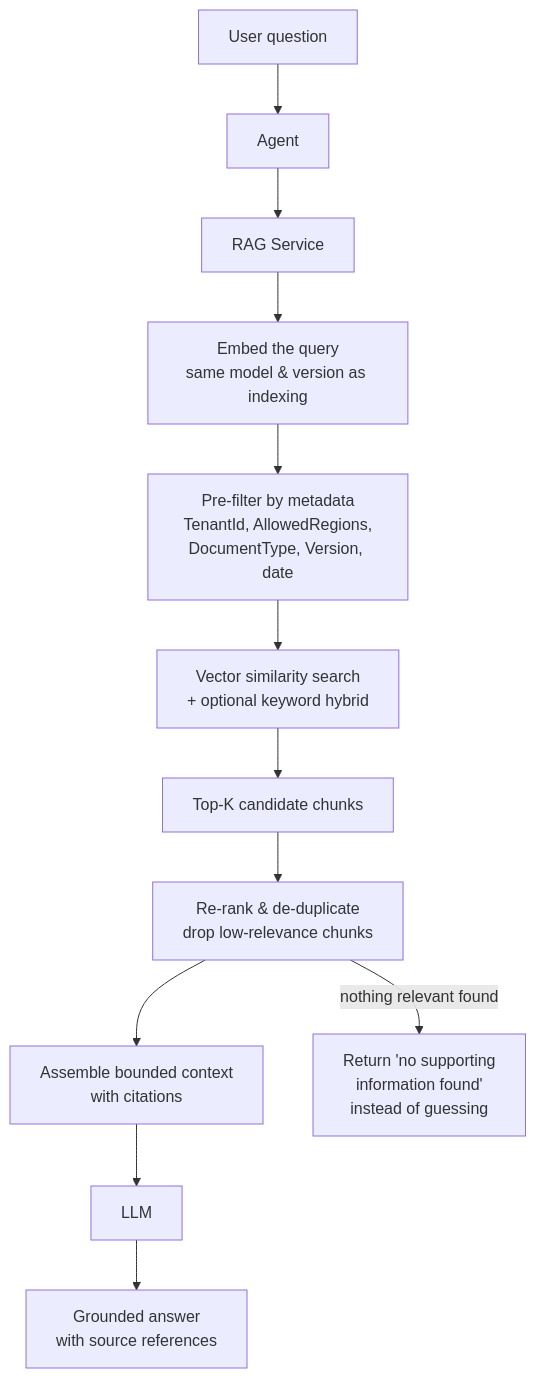
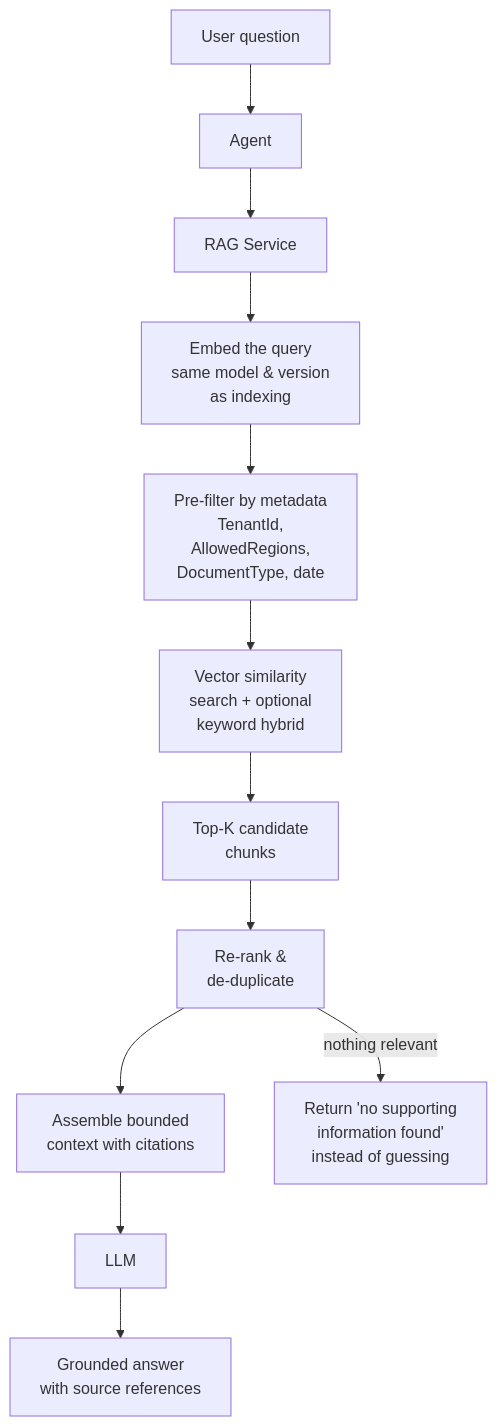
Before and after one commit to Prutech-Solutions-India/HPD_Document_Validation: the fourth of 4 diagrams in johndeerereadme.md, drawn with Mermaid. The commit also changed other lines of this file, not shown here.

Commit message:
Wrap Mermaid node labels so rendered boxes fit their text

````diff
--- a/johndeerereadme.md
+++ b/johndeerereadme.md
@@ -136,14 +136,14 @@
 ```mermaid
 flowchart TB
     Q["User question"] --> AG["Agent"]
     AG --> RS["RAG Service"]
-    RS --> QE["Embed the query<br/>same model & version as indexing"]
-    QE --> PF["Pre-filter by metadata<br/>TenantId, AllowedRegions,<br/>DocumentType, Version, date"]
-    PF --> VS["Vector similarity search<br/>+ optional keyword hybrid"]
-    VS --> TK["Top-K candidate chunks"]
-    TK --> RR["Re-rank & de-duplicate<br/>drop low-relevance chunks"]
-    RR --> CTX["Assemble bounded context<br/>with citations"]
+    RS --> QE["Embed the query<br/>same model & version<br/>as indexing"]
+    QE --> PF["Pre-filter by metadata<br/>TenantId,<br/>AllowedRegions,<br/>DocumentType, date"]
+    PF --> VS["Vector similarity<br/>search + optional<br/>keyword hybrid"]
+    VS --> TK["Top-K candidate<br/>chunks"]
+    TK --> RR["Re-rank &<br/>de-duplicate"]
+    RR --> CTX["Assemble bounded<br/>context with citations"]
     CTX --> LLM["LLM"]
     LLM --> A["Grounded answer<br/>with source references"]
-    RR -- "nothing relevant found" --> NF["Return 'no supporting<br/>information found'<br/>instead of guessing"]
+    RR -- "nothing relevant" --> NF["Return 'no supporting<br/>information found'<br/>instead of guessing"]
 ```
````
